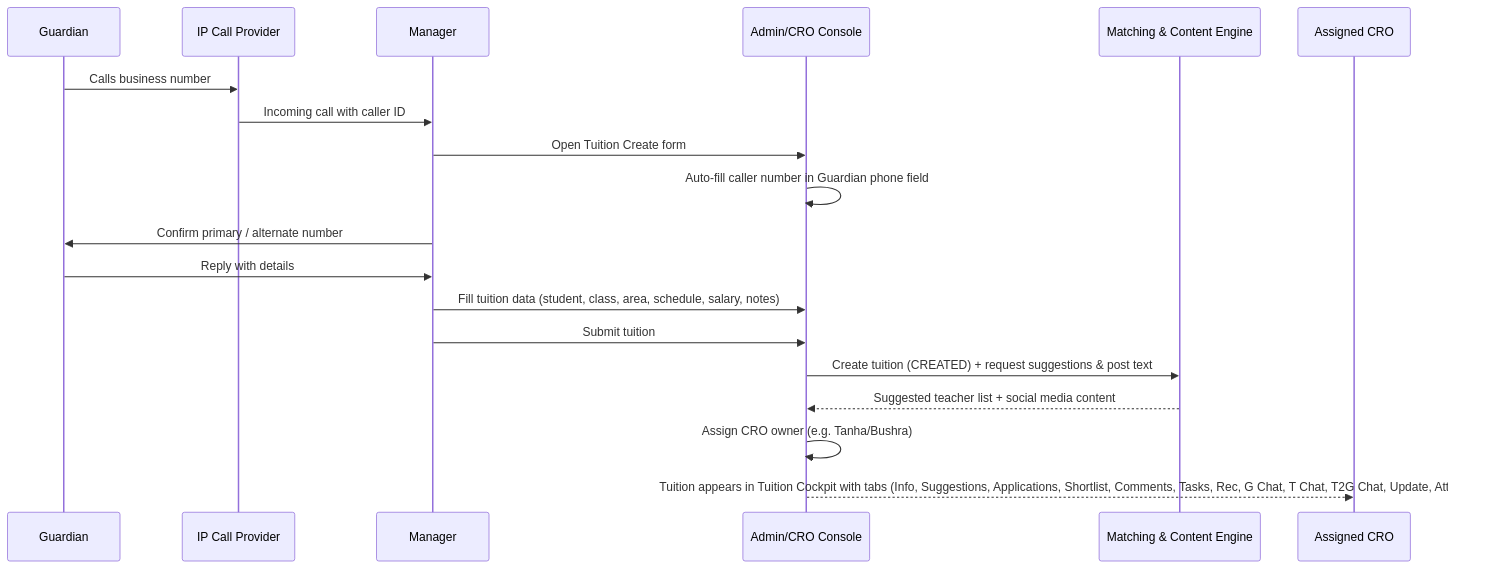
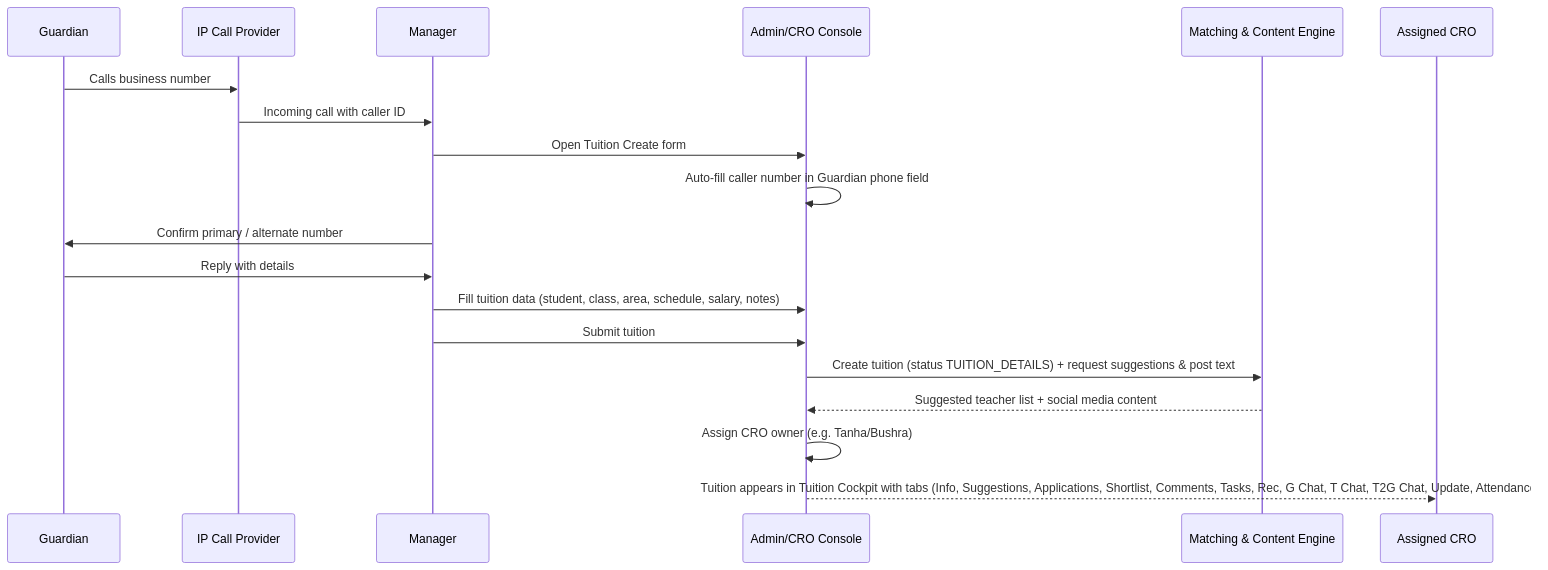
One commit to NeexG/bright-tutor-documentation changed the second of 15 diagrams in README.md. Above: the diagram before and after it, drawn with Mermaid. The commit also changed other lines of this file, not shown here.

````diff
--- a/README.md
+++ b/README.md
@@ -150,22 +152,22 @@
 ```mermaid
 sequenceDiagram
   participant Guardian
   participant IPPhone as IP Call Provider
   participant Manager as Manager
   participant Console as Admin/CRO Console
   participant Engine as Matching & Content Engine
   participant CRO as Assigned CRO
 
   Guardian->>IPPhone: Calls business number
   IPPhone->>Manager: Incoming call with caller ID
   Manager->>Console: Open Tuition Create form
   Console->>Console: Auto-fill caller number in Guardian phone field
   Manager->>Guardian: Confirm primary / alternate number
   Guardian->>Manager: Reply with details
   Manager->>Console: Fill tuition data (student, class, area, schedule, salary, notes)
   Manager->>Console: Submit tuition
-  Console->>Engine: Create tuition (CREATED) + request suggestions & post text
+  Console->>Engine: Create tuition (status TUITION_DETAILS) + request suggestions & post text
   Engine-->>Console: Suggested teacher list + social media content
   Console->>Console: Assign CRO owner (e.g. Tanha/Bushra)
   Console-->>CRO: Tuition appears in Tuition Cockpit with tabs (Info, Suggestions, Applications, Shortlist, Comments, Tasks, Rec, G Chat, T Chat, T2G Chat, Update, Attendance)
 ```
````
